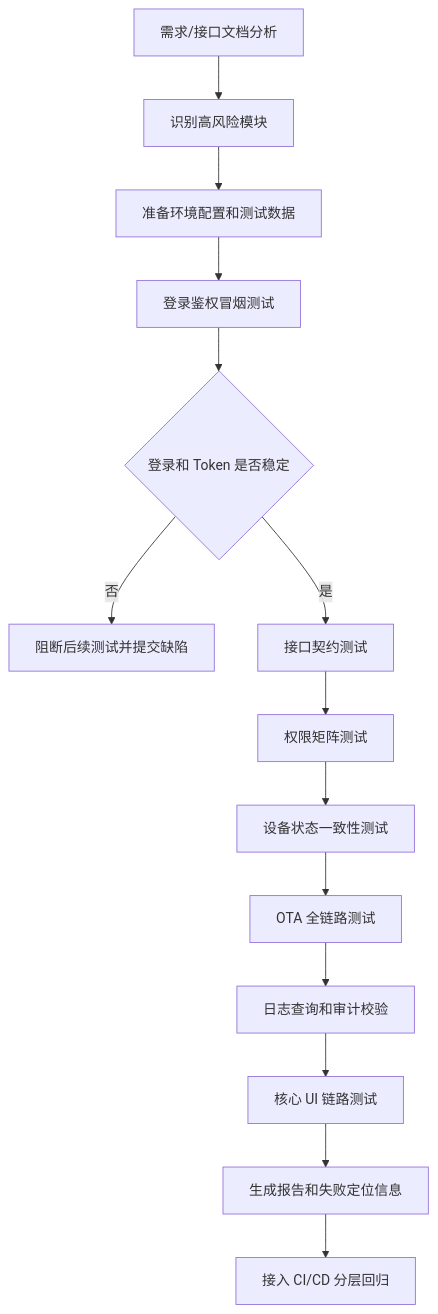
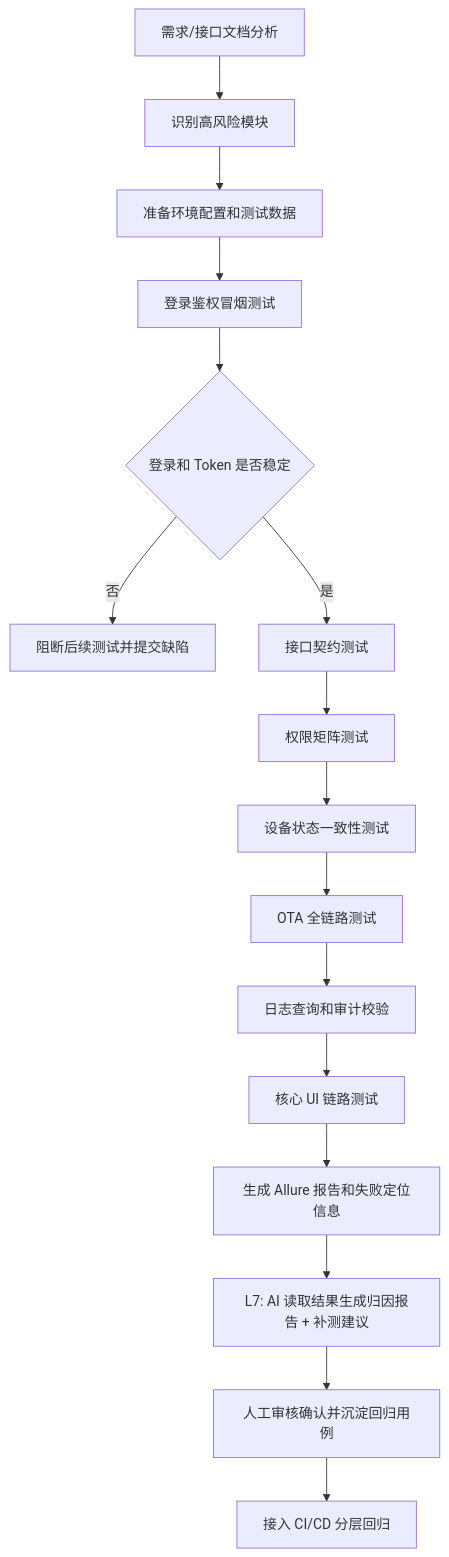
Before and after one commit to GGGG123123/-coding: the first of 7 diagrams in README.md, drawn with Mermaid. The commit also changed other lines of this file, not shown here.

````diff
--- a/README.md
+++ b/README.md
@@ -59,16 +63,18 @@
 ```mermaid
 flowchart TD
     A["需求/接口文档分析"] --> B["识别高风险模块"]
     B --> C["准备环境配置和测试数据"]
     C --> D["登录鉴权冒烟测试"]
     D --> E{"登录和 Token 是否稳定"}
     E -- "否" --> F["阻断后续测试并提交缺陷"]
     E -- "是" --> G["接口契约测试"]
     G --> H["权限矩阵测试"]
     H --> I["设备状态一致性测试"]
     I --> J["OTA 全链路测试"]
     J --> K["日志查询和审计校验"]
     K --> L["核心 UI 链路测试"]
-    L --> M["生成报告和失败定位信息"]
-    M --> N["接入 CI/CD 分层回归"]
+    L --> M["生成 Allure 报告和失败定位信息"]
+    M --> O["L7: AI 读取结果生成归因报告 + 补测建议"]
+    O --> P["人工审核确认并沉淀回归用例"]
+    P --> N["接入 CI/CD 分层回归"]
 ```
````
